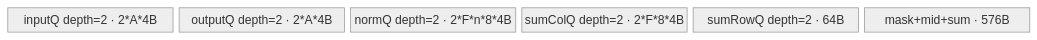
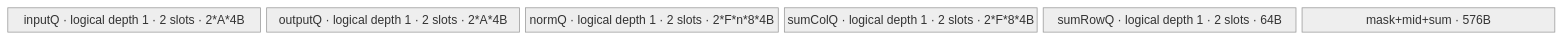
The second of 3 diagrams in knowledge/ops/ascendc/operators/direct/transformer/mhc/mhc_sinkhorn_950.md (Atlas-Ascend-Fork/cannbot-knowledge), drawn with Mermaid (neutral theme) before and after one commit. The commit also changed other lines of this file and 54 other files, not shown here.

````diff
--- a/knowledge/ops/ascendc/operators/direct/transformer/mhc/mhc_sinkhorn_950.md
+++ b/knowledge/ops/ascendc/operators/direct/transformer/mhc/mhc_sinkhorn_950.md
@@ -364,10 +420,10 @@
 ```mermaid
 block-beta
   columns 6
-  inQ["inputQ depth=2 · 2*A*4B"]:1
-  outQ["outputQ depth=2 · 2*A*4B"]:1
-  norm["normQ depth=2 · 2*F*n*8*4B"]:1
-  col["sumColQ depth=2 · 2*F*8*4B"]:1
-  row["sumRowQ depth=2 · 64B"]:1
+  inQ["inputQ · logical depth 1 · 2 slots · 2*A*4B"]:1
+  outQ["outputQ · logical depth 1 · 2 slots · 2*A*4B"]:1
+  norm["normQ · logical depth 1 · 2 slots · 2*F*n*8*4B"]:1
+  col["sumColQ · logical depth 1 · 2 slots · 2*F*8*4B"]:1
+  row["sumRowQ · logical depth 1 · 2 slots · 64B"]:1
   fixed["mask+mid+sum · 576B"]:1
 ```
````
